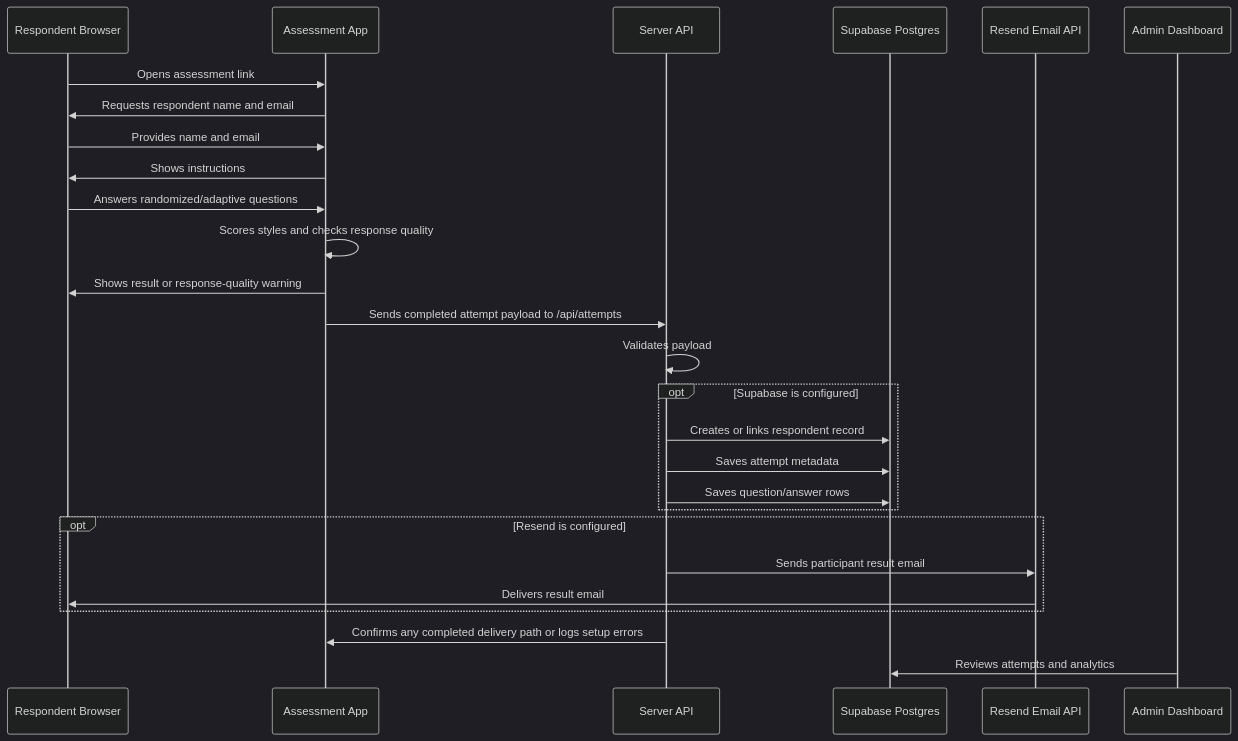
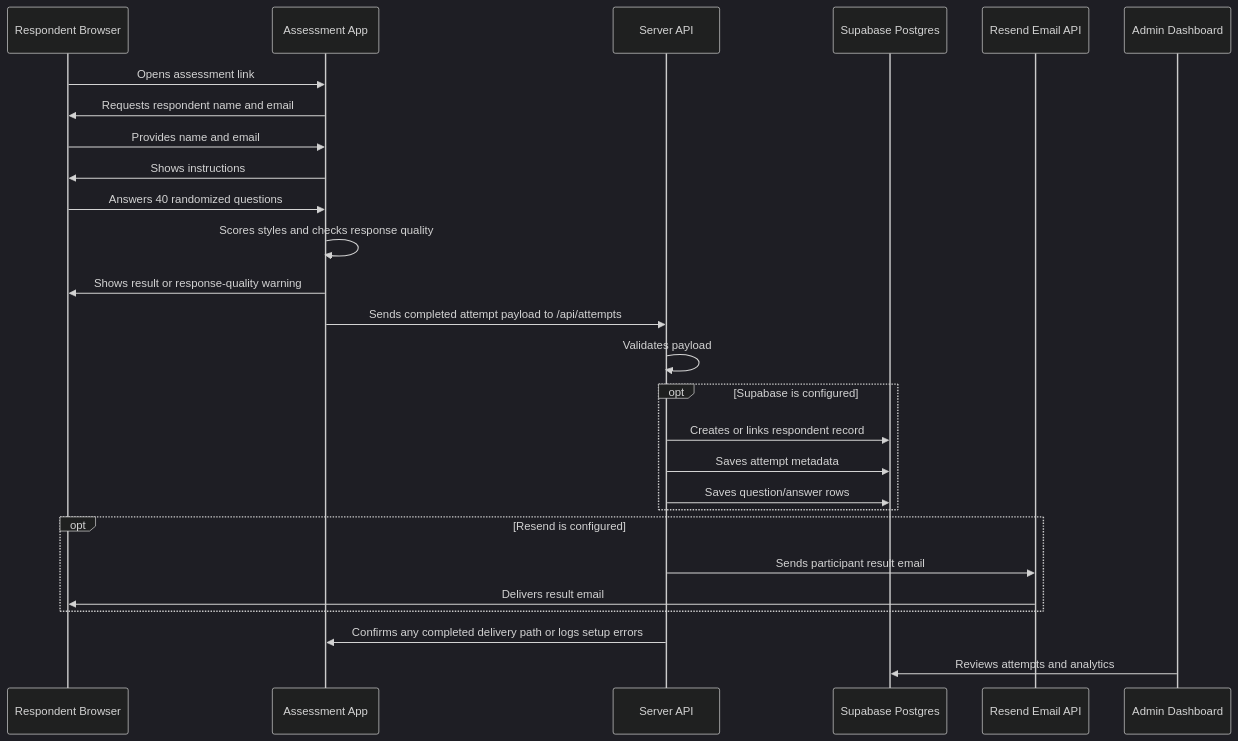
The second of 3 diagrams in ARCHITECTURE_OVERVIEW.md (campojo/2.0_Leadership), drawn with Mermaid (dark theme) before and after one commit. The commit also changed other lines of this file and 9 other files, not shown here.

````diff
--- a/ARCHITECTURE_OVERVIEW.md
+++ b/ARCHITECTURE_OVERVIEW.md
@@ -80,30 +80,30 @@
 ```mermaid
 sequenceDiagram
   participant R as Respondent Browser
   participant A as Assessment App
   participant API as Server API
   participant DB as Supabase Postgres
   participant Email as Resend Email API
   participant Admin as Admin Dashboard
 
   R->>A: Opens assessment link
   A->>R: Requests respondent name and email
   R->>A: Provides name and email
   A->>R: Shows instructions
-  R->>A: Answers randomized/adaptive questions
+  R->>A: Answers 40 randomized questions
   A->>A: Scores styles and checks response quality
   A->>R: Shows result or response-quality warning
   A->>API: Sends completed attempt payload to /api/attempts
   API->>API: Validates payload
   opt Supabase is configured
     API->>DB: Creates or links respondent record
     API->>DB: Saves attempt metadata
     API->>DB: Saves question/answer rows
   end
   opt Resend is configured
     API->>Email: Sends participant result email
     Email->>R: Delivers result email
   end
   API->>A: Confirms any completed delivery path or logs setup errors
   Admin->>DB: Reviews attempts and analytics
 ```
````
